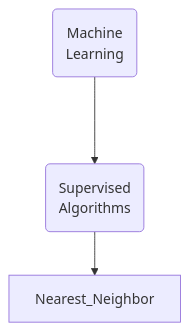
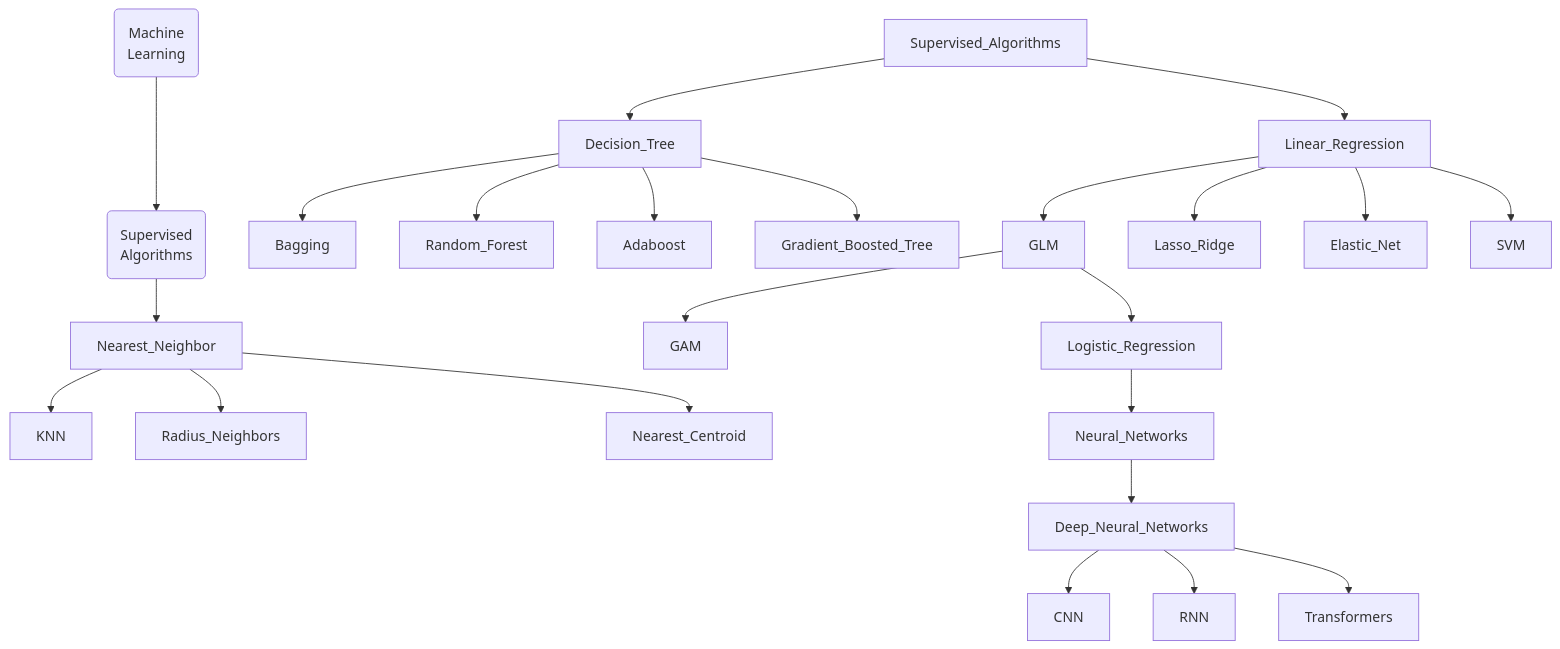
Before and after one commit to hwetsman/Public_Notes: the diagram in ML_Tree.md, drawn with Mermaid.

Commit message:
Refactor: add rest of supervised

`````diff
--- a/ML_Tree.md
+++ b/ML_Tree.md
@@ -1,8 +1,29 @@
 ````mermaid
 flowchart TB
   Machine_Learning(Machine<br>Learning)
   Supervised(Supervised<br>Algorithms)
     Supervised-->Nearest_Neighbor
  
       Machine_Learning--->Supervised
+
+    Nearest_Neighbor --> KNN
+    Nearest_Neighbor --> Radius_Neighbors
+    Nearest_Neighbor --> Nearest_Centroid
+    Supervised_Algorithms --> Decision_Tree
+    Decision_Tree --> Bagging
+    Decision_Tree --> Random_Forest
+    Decision_Tree --> Adaboost
+    Decision_Tree --> Gradient_Boosted_Tree
+    Supervised_Algorithms --> Linear_Regression
+    Linear_Regression --> GLM
+    GLM --> GAM
+    GLM --> Logistic_Regression
+    Logistic_Regression --> Neural_Networks
+    Neural_Networks --> Deep_Neural_Networks
+    Deep_Neural_Networks --> CNN
+    Deep_Neural_Networks --> RNN
+    Deep_Neural_Networks --> Transformers
+    Linear_Regression --> Lasso_Ridge
+    Linear_Regression --> Elastic_Net
+    Linear_Regression --> SVM
 ````
`````
